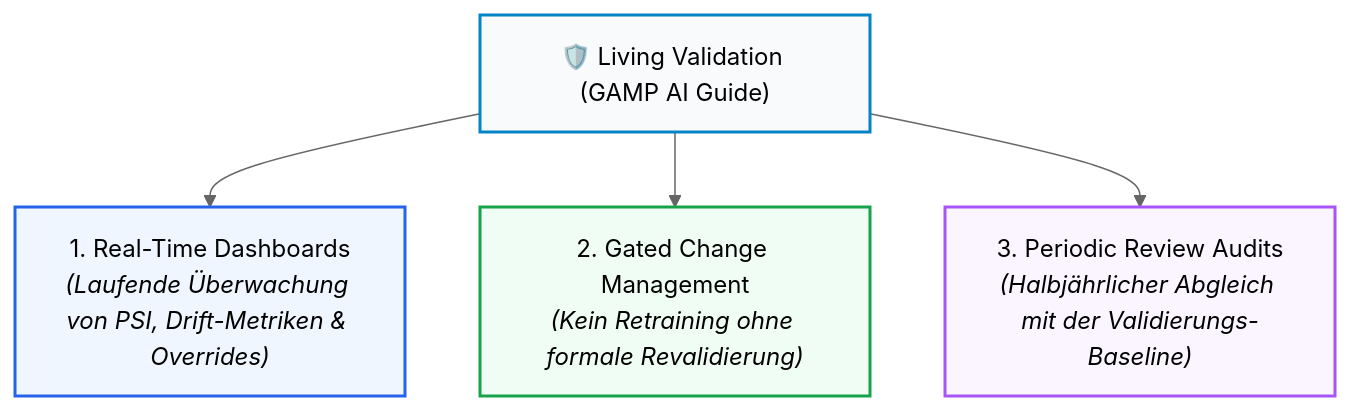
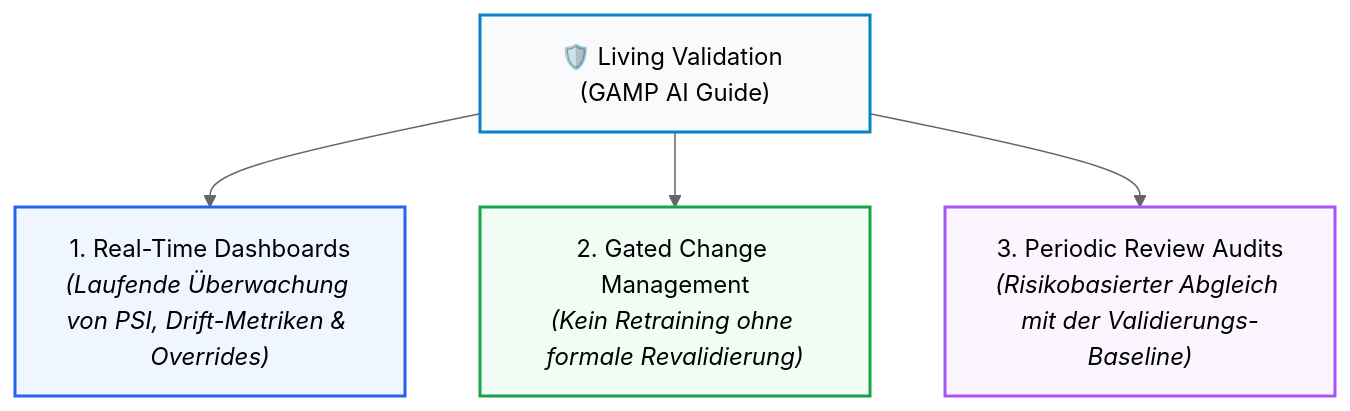
The third of 3 diagrams in docs/de/appendix_ispe_gamp_ai_best_practices.md (Lunaman06/Annex22), drawn with Mermaid (neutral theme) before and after one commit. The commit also changed 1 other file, not shown here.

Commit message:
docs(de): Block D - Regulatorische Terminologie und Inspektionsrahmen geschärft
- Mängelklassen nach EU-Standard (Compilation of Community Procedures) korrigiert: Critical, Major, Other (statt Minor)
- Durchsetzungsinstrument Statement of Non-Compliance with GMP (Art. 111(7) RL 2001/83/EG) statt Warning Letter verankert
- Formulierung 'sofortiger Entzug' abgeschwächt zu behördlichem Ruhen/Entzug
- Master AI Inventory als fundamentale QMS-Erwartung deklariert
- Periodic-Review-Intervall risikobasiert harmonisiert

````diff
--- a/docs/de/appendix_ispe_gamp_ai_best_practices.md
+++ b/docs/de/appendix_ispe_gamp_ai_best_practices.md
@@ -126,11 +126,11 @@
 ```mermaid
 graph TD
     LV["🛡️ Living Validation (GAMP AI Guide)"] --> S1["1. Real-Time Dashboards<br/><i>(Laufende Überwachung von PSI, Drift-Metriken & Overrides)</i>"]
     LV --> S2["2. Gated Change Management<br/><i>(Kein Retraining ohne formale Revalidierung)</i>"]
-    LV --> S3["3. Periodic Review Audits<br/><i>(Halbjährlicher Abgleich mit der Validierungs-Baseline)</i>"]
+    LV --> S3["3. Periodic Review Audits<br/><i>(Risikobasierter Abgleich mit der Validierungs-Baseline)</i>"]
 
     style LV fill:#f8fafc,stroke:#0284c7,stroke-width:2px
     style S1 fill:#eff6ff,stroke:#2563eb,stroke-width:2px
     style S2 fill:#f0fdf4,stroke:#16a34a,stroke-width:2px
     style S3 fill:#faf5ff,stroke:#a855f7,stroke-width:2px
 ```
````
